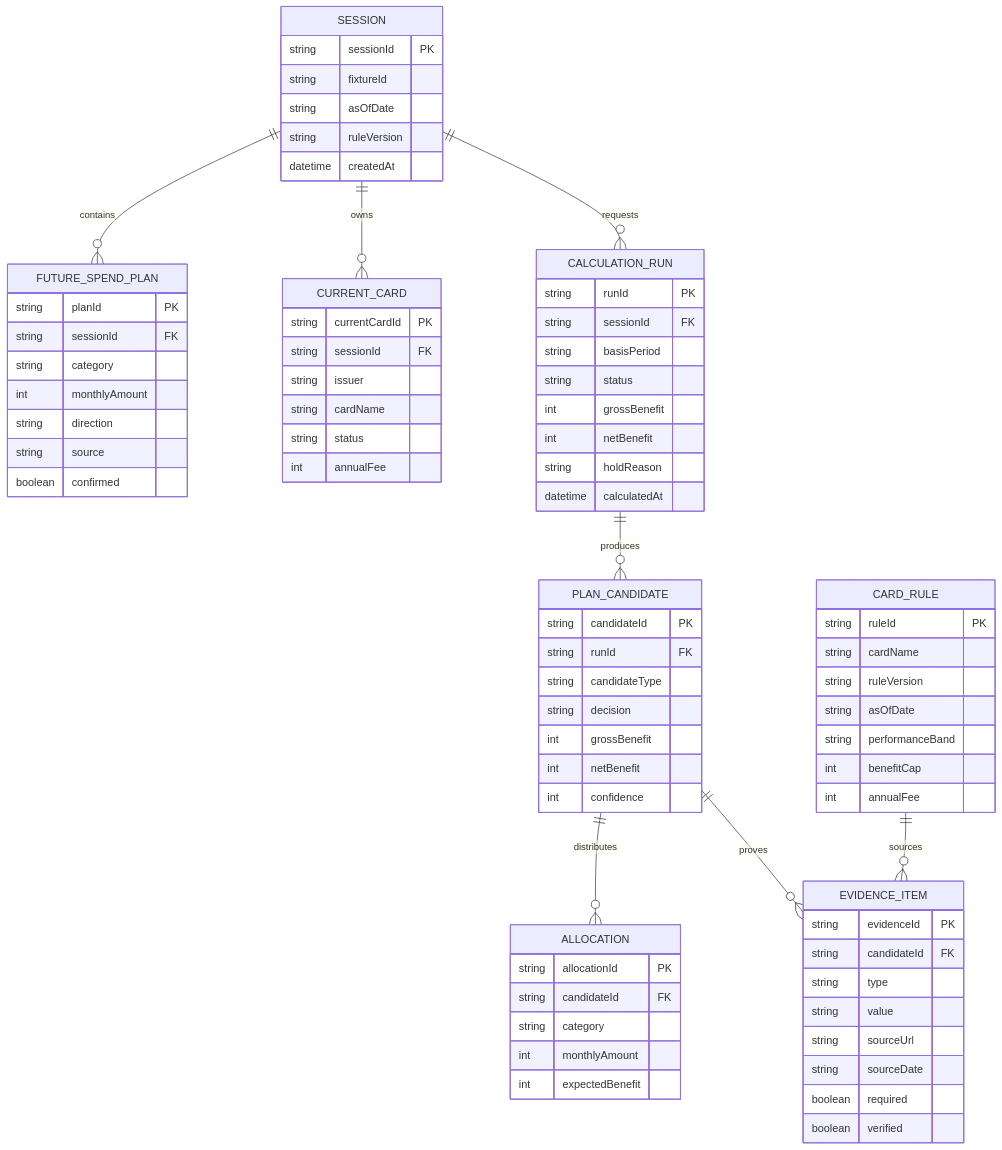
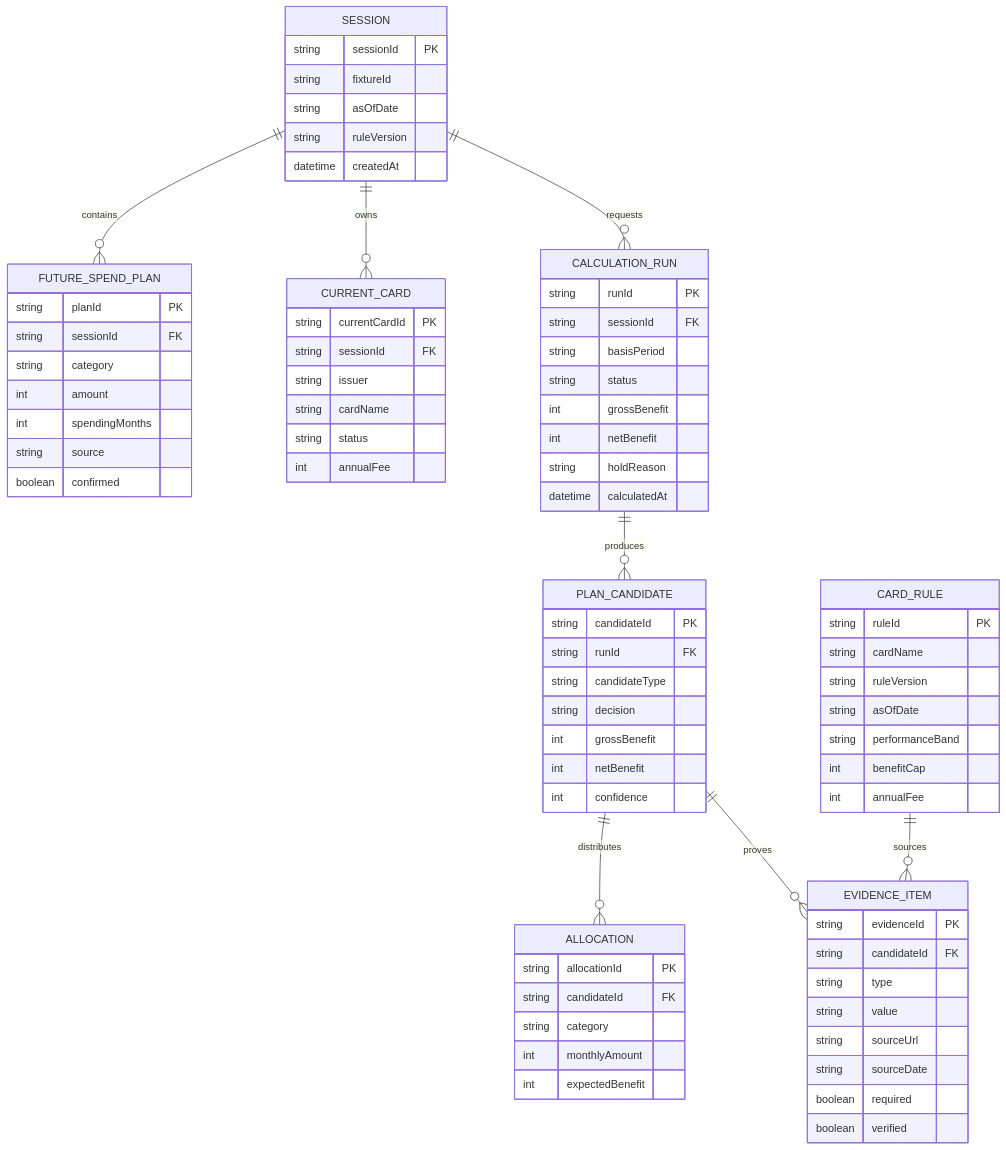
One commit to maybeaj/cardfit changed the second of 9 diagrams in docs/diagrams/TECHNICAL_DESIGN.md. Above: the diagram before and after it, drawn with Mermaid. The commit also changed other lines of this file and 8 other files, not shown here.

````diff
--- a/docs/diagrams/TECHNICAL_DESIGN.md
+++ b/docs/diagrams/TECHNICAL_DESIGN.md
@@ -95,80 +95,80 @@
 ```mermaid
 erDiagram
   SESSION ||--o{ FUTURE_SPEND_PLAN : contains
   SESSION ||--o{ CURRENT_CARD : owns
   SESSION ||--o{ CALCULATION_RUN : requests
   CALCULATION_RUN ||--o{ PLAN_CANDIDATE : produces
   PLAN_CANDIDATE ||--o{ ALLOCATION : distributes
   PLAN_CANDIDATE ||--o{ EVIDENCE_ITEM : proves
   CARD_RULE ||--o{ EVIDENCE_ITEM : sources
 
   SESSION {
     string sessionId PK
     string fixtureId
     string asOfDate
     string ruleVersion
     datetime createdAt
   }
   CURRENT_CARD {
     string currentCardId PK
     string sessionId FK
     string issuer
     string cardName
     string status
     int annualFee
   }
   FUTURE_SPEND_PLAN {
     string planId PK
     string sessionId FK
     string category
-    int monthlyAmount
-    string direction
+    int amount
+    int spendingMonths
     string source
     boolean confirmed
   }
   CALCULATION_RUN {
     string runId PK
     string sessionId FK
     string basisPeriod
     string status
     int grossBenefit
     int netBenefit
     string holdReason
     datetime calculatedAt
   }
   PLAN_CANDIDATE {
     string candidateId PK
     string runId FK
     string candidateType
     string decision
     int grossBenefit
     int netBenefit
     int confidence
   }
   ALLOCATION {
     string allocationId PK
     string candidateId FK
     string category
     int monthlyAmount
     int expectedBenefit
   }
   CARD_RULE {
     string ruleId PK
     string cardName
     string ruleVersion
     string asOfDate
     string performanceBand
     int benefitCap
     int annualFee
   }
   EVIDENCE_ITEM {
     string evidenceId PK
     string candidateId FK
     string type
     string value
     string sourceUrl
     string sourceDate
     boolean required
     boolean verified
   }
 ```
````
